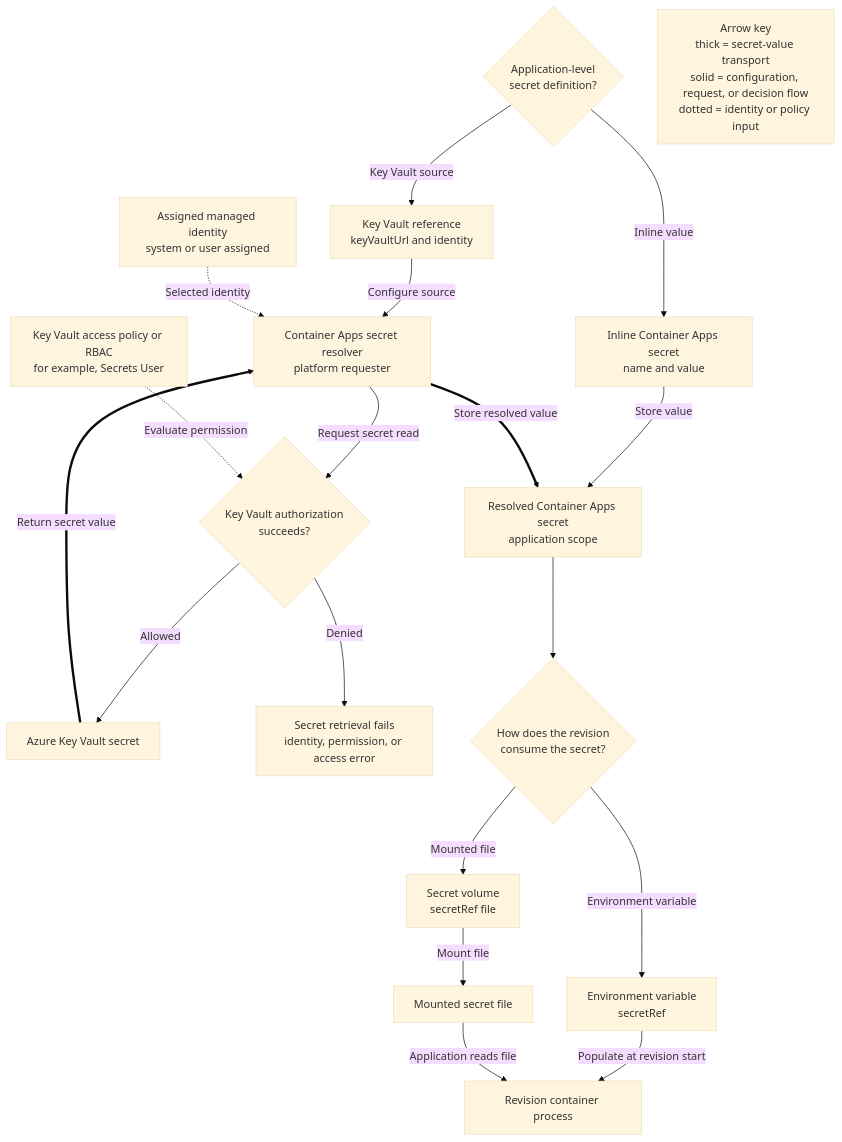
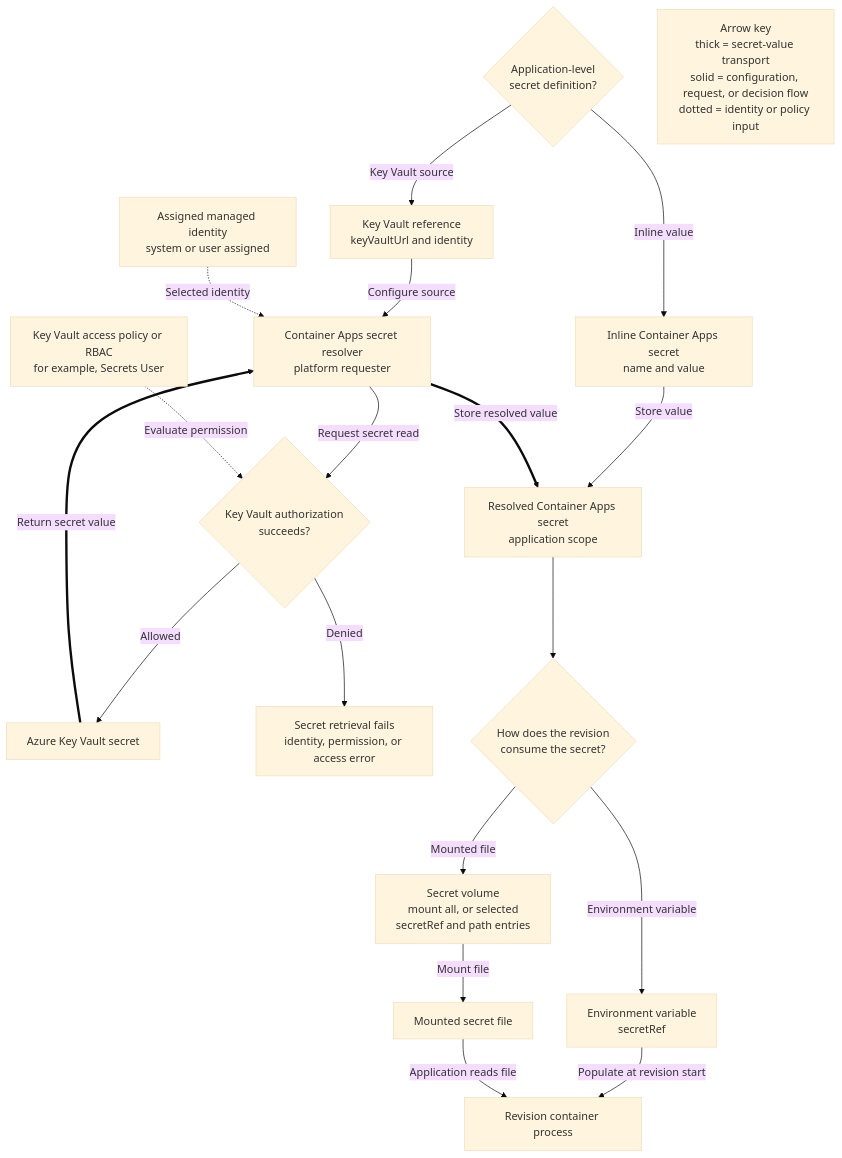
The diagram in docs/platform/security/secrets.md (yeongseon/azure-container-apps-practical-guide), drawn with Mermaid (base theme) before and after one commit. The commit also changed other lines of this file and 1 other file, not shown here.

Commit message:
docs(security): distinguish peer routes and secret volume modes

````diff
--- a/docs/platform/security/secrets.md
+++ b/docs/platform/security/secrets.md
@@ -93,43 +93,43 @@
 ```mermaid
 flowchart TD
     accTitle: Resolve and consume an Azure Container Apps secret
-    accDescr: A decision flow starts with an application-level secret definition. An inline value is stored by Container Apps. For a Key Vault reference, the Container Apps secret resolver uses the selected managed identity, requests authorization from Key Vault, returns a failure when access is denied, and retrieves the value only after authorization succeeds. A revision then consumes the resolved app secret through either a secretRef environment variable or a mounted secret file.
+    accDescr: A decision flow starts with an application-level secret definition. An inline value is stored by Container Apps. For a Key Vault reference, the Container Apps secret resolver uses the selected managed identity, requests authorization from Key Vault, returns a failure when access is denied, and retrieves the value only after authorization succeeds. A revision then consumes the resolved app secret through either a secretRef environment variable or a secret volume that mounts all app secrets or selected secretRef entries.
 
     DEFINE{"Application-level<br/>secret definition?"}
     INLINE["Inline Container Apps secret<br/>name and value"]
     KVREF["Key Vault reference<br/>keyVaultUrl and identity"]
     RESOLVER["Container Apps secret resolver<br/>platform requester"]
     IDENTITY["Assigned managed identity<br/>system or user assigned"]
     RBAC["Key Vault access policy or RBAC<br/>for example, Secrets User"]
     AUTHZ{"Key Vault authorization<br/>succeeds?"}
     VAULT["Azure Key Vault secret"]
     FAILURE["Secret retrieval fails<br/>identity, permission, or access error"]
     APP_SECRET["Resolved Container Apps secret<br/>application scope"]
 
     CONSUME{"How does the revision<br/>consume the secret?"}
     ENV_REF["Environment variable<br/>secretRef"]
-    VOLUME_REF["Secret volume<br/>secretRef file"]
+    VOLUME_REF["Secret volume<br/>mount all, or selected<br/>secretRef and path entries"]
     PROCESS["Revision container process"]
     FILE["Mounted secret file"]
 
     DEFINE -->|"Inline value"| INLINE
     DEFINE -->|"Key Vault source"| KVREF
     INLINE -->|"Store value"| APP_SECRET
     KVREF -->|"Configure source"| RESOLVER
     IDENTITY -.->|"Selected identity"| RESOLVER
     RESOLVER -->|"Request secret read"| AUTHZ
     RBAC -.->|"Evaluate permission"| AUTHZ
     AUTHZ -->|"Denied"| FAILURE
     AUTHZ -->|"Allowed"| VAULT
     VAULT ==>|"Return secret value"| RESOLVER
     RESOLVER ==>|"Store resolved value"| APP_SECRET
 
     APP_SECRET --> CONSUME
     CONSUME -->|"Environment variable"| ENV_REF
     CONSUME -->|"Mounted file"| VOLUME_REF
     ENV_REF -->|"Populate at revision start"| PROCESS
     VOLUME_REF -->|"Mount file"| FILE
     FILE -->|"Application reads file"| PROCESS
 
     LEGEND["Arrow key<br/>thick = secret-value transport<br/>solid = configuration, request, or decision flow<br/>dotted = identity or policy input"]
 ```
````
